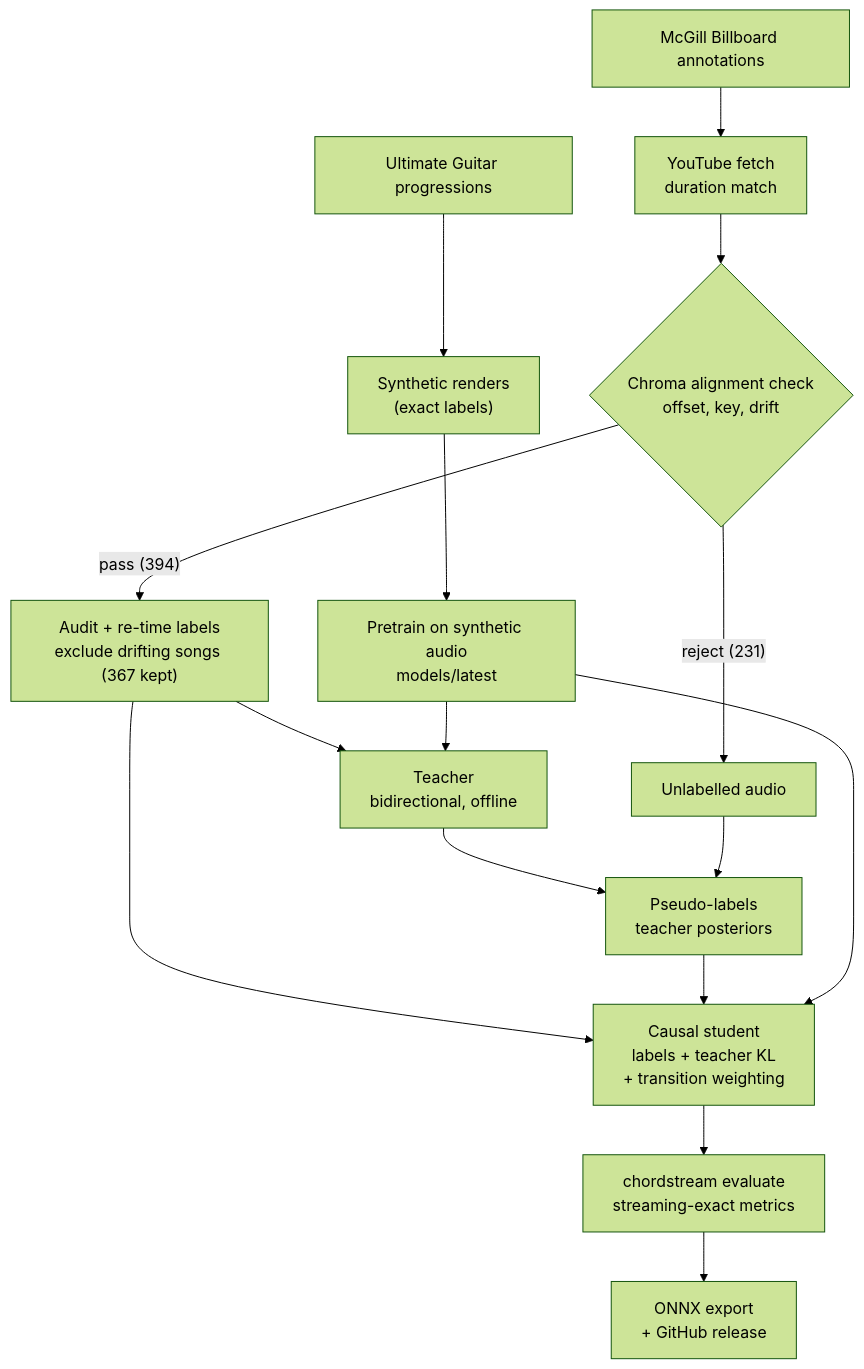
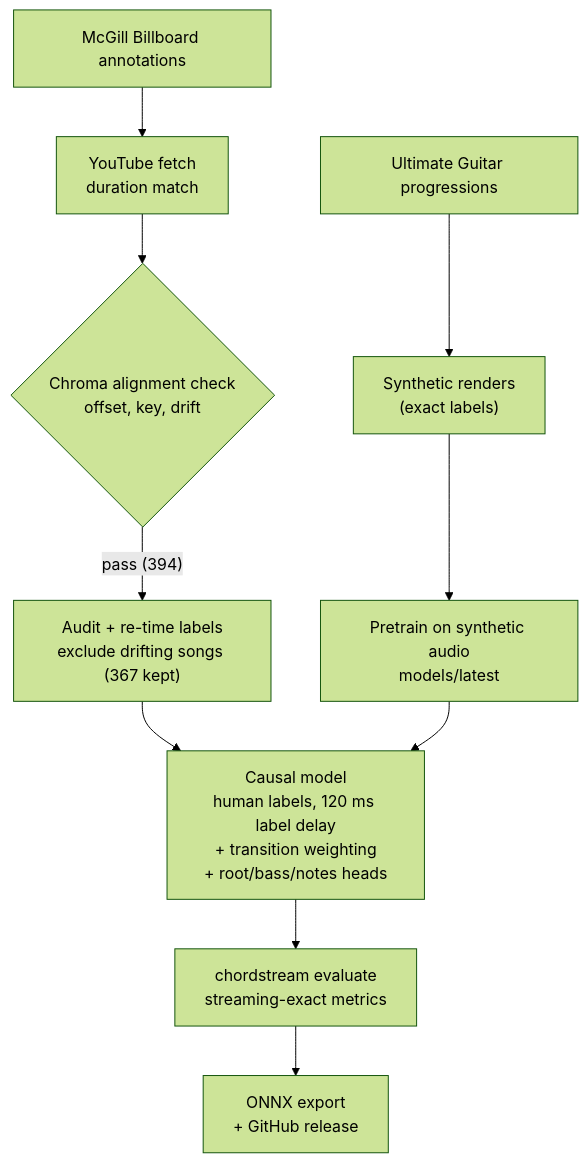
The fourth of 4 diagrams in README.md (helloparthshah/chordstream), drawn with Mermaid (forest theme) before and after one commit. The commit also changed other lines of this file and 1 other file, not shown here.

Commit message:
Deploy v7 (E25a: extended vocab, 120 ms label delay, human labels only): 83.3% majmin, 73.0% full

````diff
--- a/README.md
+++ b/README.md
@@ -74,18 +79,12 @@
 ```mermaid
 flowchart TB
     UG["Ultimate Guitar progressions"] --> SYN["Synthetic renders<br/>(exact labels)"]
     SYN --> PRE["Pretrain on synthetic audio<br/>models/latest"]
     BB["McGill Billboard annotations"] --> FETCH["YouTube fetch<br/>duration match"]
     FETCH --> ALIGN{"Chroma alignment check<br/>offset, key, drift"}
     ALIGN -- "pass (394)" --> AUD["Audit + re-time labels<br/>exclude drifting songs (367 kept)"]
-    ALIGN -- "reject (231)" --> UNL["Unlabelled audio"]
-    AUD --> TEA["Teacher<br/>bidirectional, offline"]
-    PRE --> TEA
-    TEA --> PS["Pseudo-labels<br/>teacher posteriors"]
-    UNL --> PS
-    AUD --> STU["Causal student<br/>labels + teacher KL<br/>+ transition weighting"]
-    PS --> STU
+    AUD --> STU["Causal model<br/>human labels, 120 ms label delay<br/>+ transition weighting<br/>+ root/bass/notes heads"]
     PRE --> STU
     STU --> EVAL["chordstream evaluate<br/>streaming-exact metrics"]
     EVAL --> EXP["ONNX export<br/>+ GitHub release"]
 ```
````
